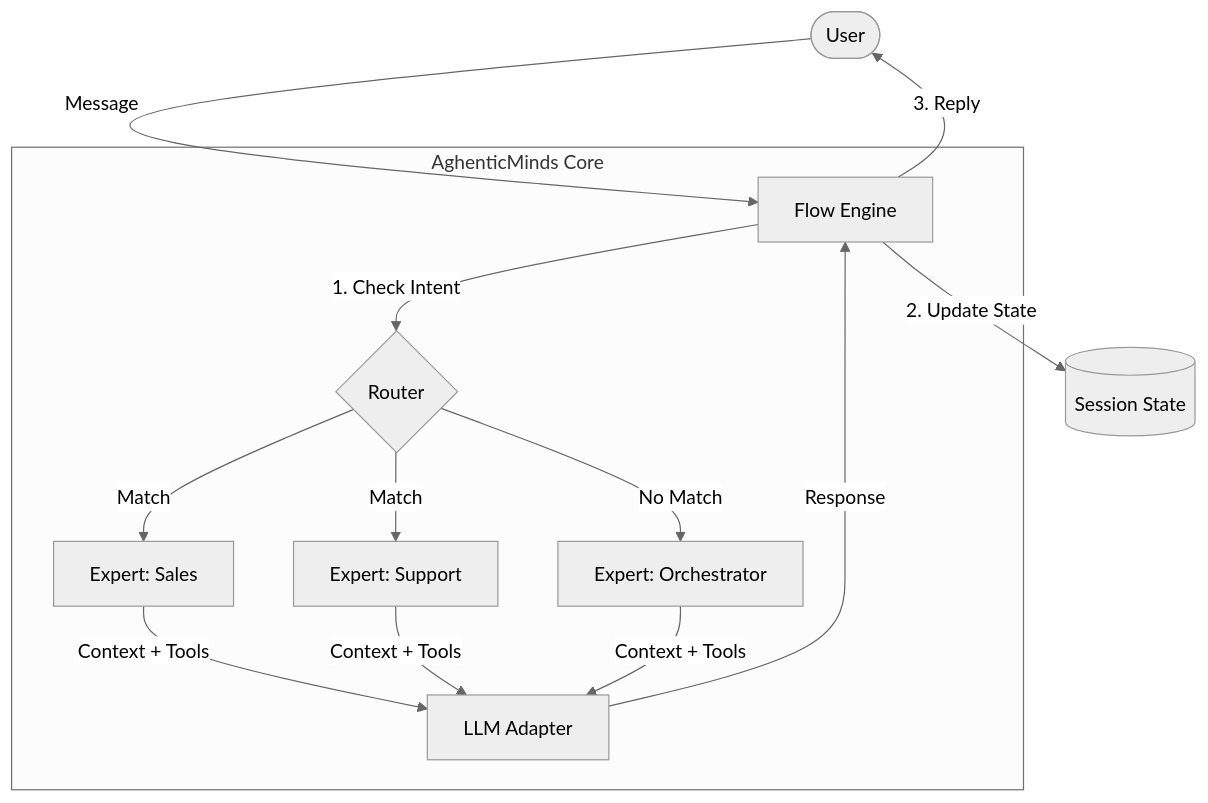
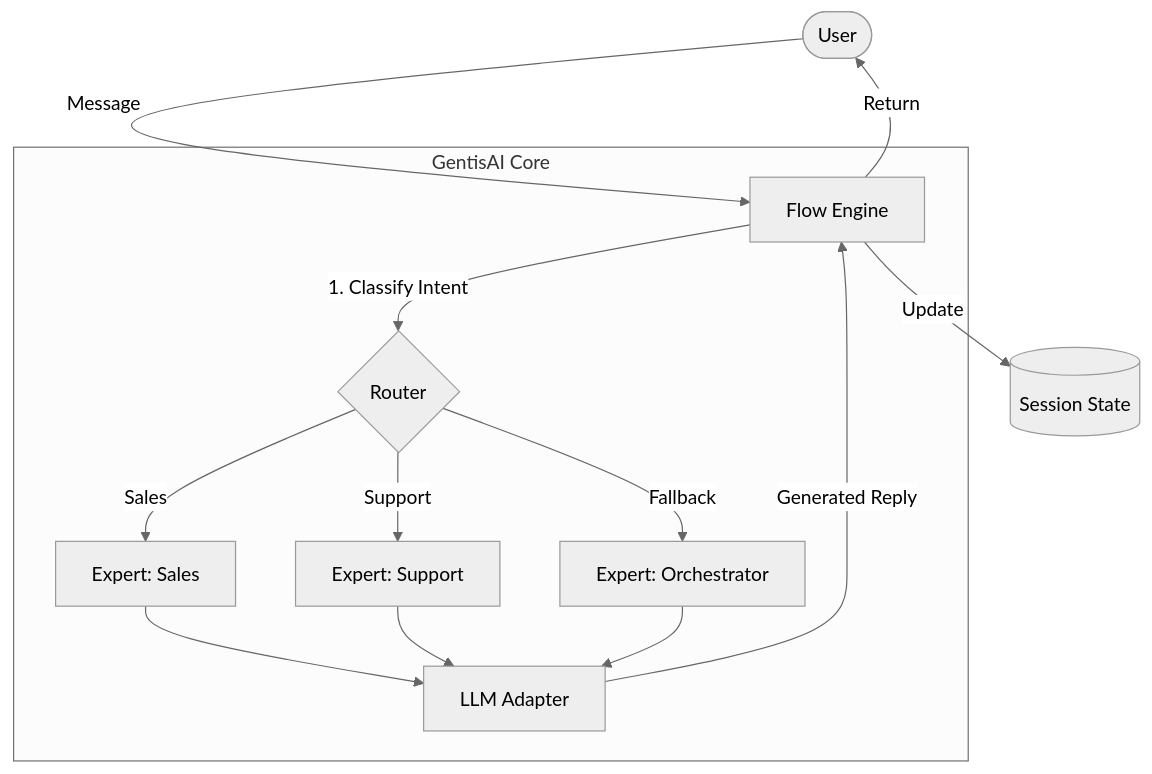
One commit to GhaouiYoussef/GentisAI changed the diagram in README.md. Above: the diagram before and after it, drawn with Mermaid (neutral theme). The commit also changed other lines of this file and 34 other files, not shown here.

````diff
--- a/README.md
+++ b/README.md
@@ -56,20 +122,20 @@
 ```mermaid
 graph TD
     User([User]) -->|Message| Flow[Flow Engine]
     
-    subgraph "AghenticMinds Core"
-        Flow -->|1. Check Intent| Router{Router}
+    subgraph "GentisAI Core"
+        Flow -->|1. Classify Intent| Router{Router}
         
-        Router -->|Match| ExpertA[Expert: Sales]
-        Router -->|Match| ExpertB[Expert: Support]
-        Router -->|No Match| Orch[Expert: Orchestrator]
+        Router -->|Sales| ExpertA[Expert: Sales]
+        Router -->|Support| ExpertB[Expert: Support]
+        Router -->|Fallback| Orch[Expert: Orchestrator]
         
-        ExpertA -->|Context + Tools| LLM[LLM Adapter]
-        ExpertB -->|Context + Tools| LLM
-        Orch -->|Context + Tools| LLM
+        ExpertA --> LLM[LLM Adapter]
+        ExpertB --> LLM
+        Orch --> LLM
     end
     
-    LLM -->|Response| Flow
-    Flow -->|2. Update State| Memory[(Session State)]
-    Flow -->|3. Reply| User
+    LLM -->|Generated Reply| Flow
+    Flow -->|Update| Memory[(Session State)]
+    Flow -->|Return| User
 ```
````
